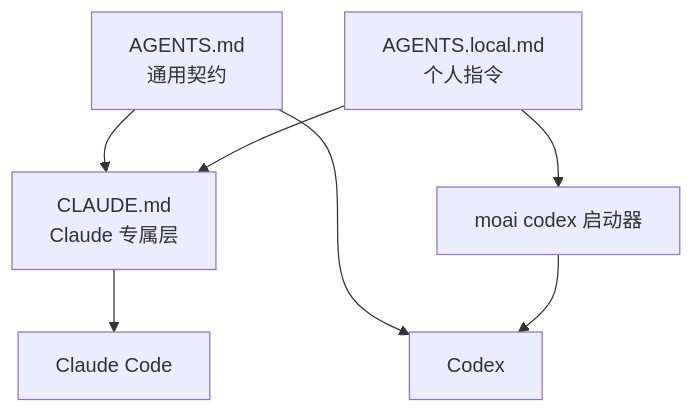
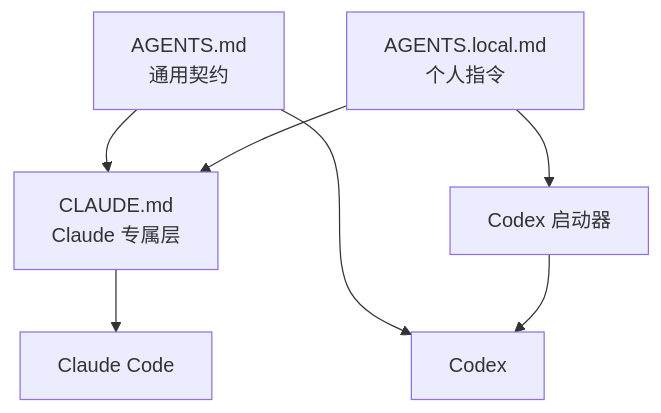
The fifth of 5 diagrams in docs-site/content/zh/advanced/claude-md-guide.md (modu-ai/moai-adk), drawn with Mermaid before and after one commit. The commit also changed other lines of this file and 31 other files, not shown here.

First line of the commit message:
[t2022] docs: remove Codex lane guidance and non-working moai codex commands in docs-site 4 locales and READMEs (card t2022)

````diff
--- a/docs-site/content/zh/advanced/claude-md-guide.md
+++ b/docs-site/content/zh/advanced/claude-md-guide.md
@@ -368,9 +368,9 @@
 ```mermaid
 flowchart TD
     A["AGENTS.md<br/>通用契约"] --> C["CLAUDE.md<br/>Claude 专属层"]
     L["AGENTS.local.md<br/>个人指令"] --> C
     C --> CC["Claude Code"]
     A --> X["Codex"]
-    L --> R["moai codex 启动器"]
+    L --> R["Codex 启动器"]
     R --> X
 ```
````
